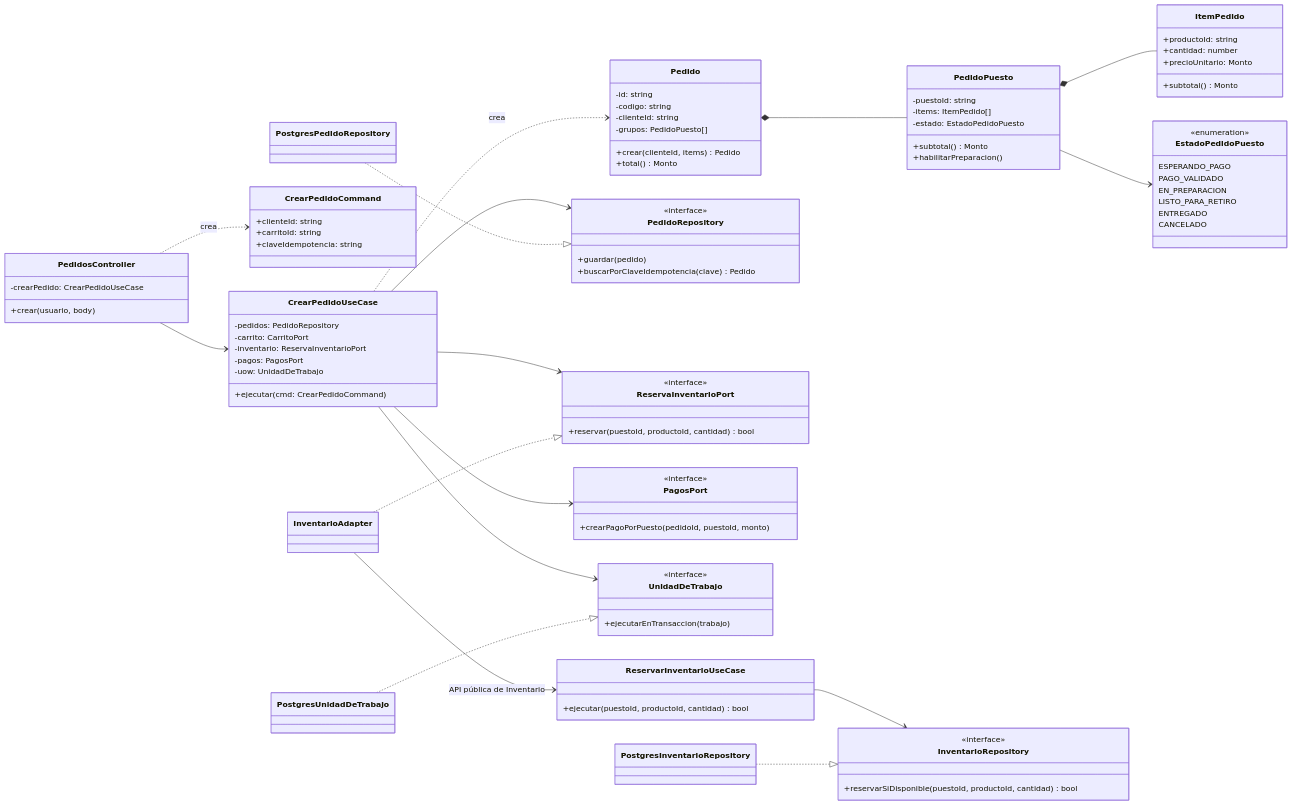
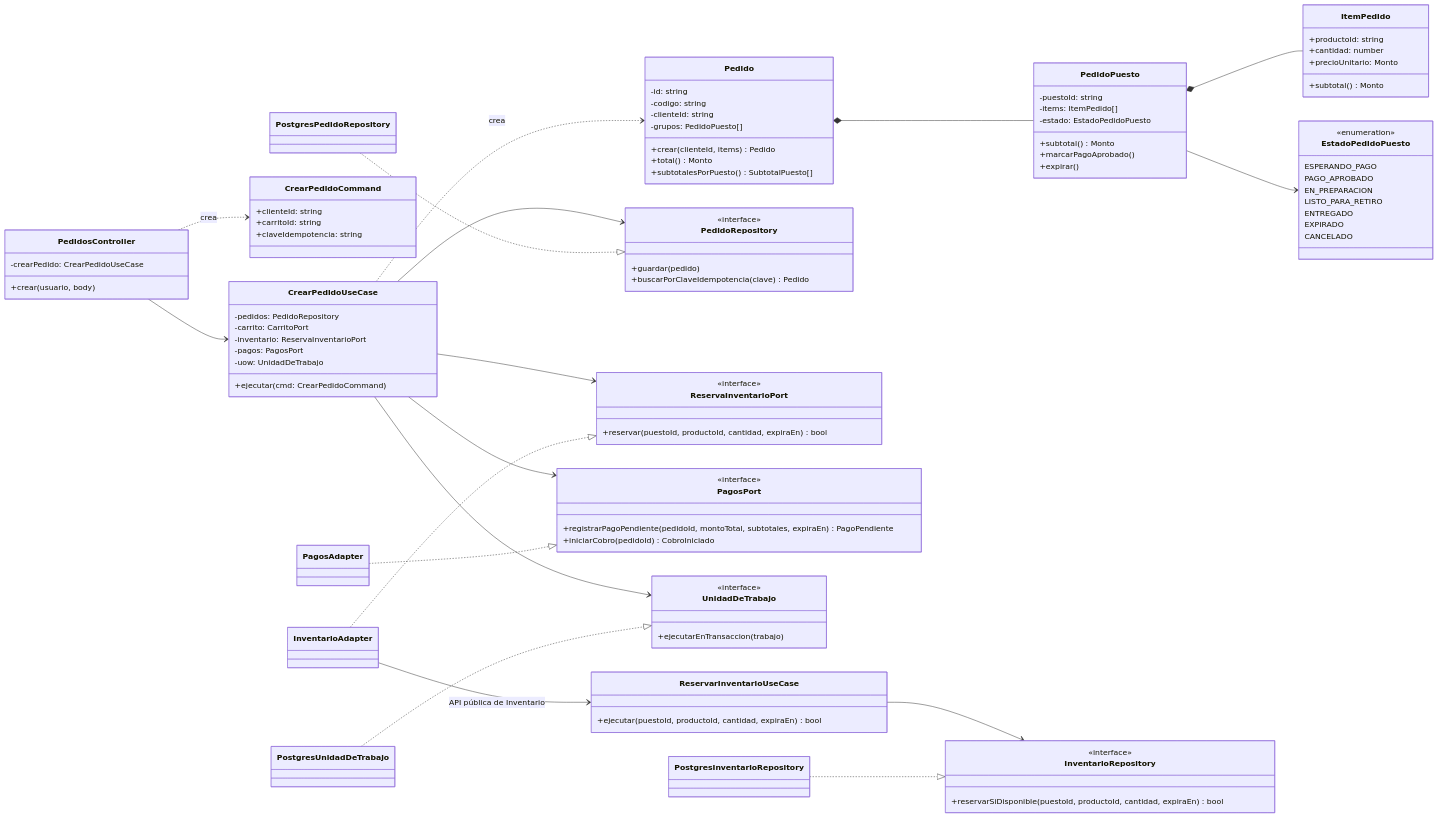
The first of 3 diagrams in docs/04-modelo-c4/Nivel4-DiagramadeCodigo.md (DheanFernandez/mercado-multivendedor), drawn with Mermaid before and after one commit. The commit also changed other lines of this file and 24 other files, not shown here.

````diff
--- a/docs/04-modelo-c4/Nivel4-DiagramadeCodigo.md
+++ b/docs/04-modelo-c4/Nivel4-DiagramadeCodigo.md
@@ -50,13 +50,15 @@
         -grupos: PedidoPuesto[]
         +crear(clienteId, items) Pedido
         +total() Monto
+        +subtotalesPorPuesto() SubtotalPuesto[]
     }
     class PedidoPuesto {
         -puestoId: string
         -items: ItemPedido[]
         -estado: EstadoPedidoPuesto
         +subtotal() Monto
-        +habilitarPreparacion()
+        +marcarPagoAprobado()
+        +expirar()
     }
     class ItemPedido {
         +productoId: string
@@ -67,10 +69,11 @@
     class EstadoPedidoPuesto {
         <<enumeration>>
         ESPERANDO_PAGO
-        PAGO_VALIDADO
+        PAGO_APROBADO
         EN_PREPARACION
         LISTO_PARA_RETIRO
         ENTREGADO
+        EXPIRADO
         CANCELADO
     }
     class PedidoRepository {
@@ -80,11 +83,12 @@
     }
     class ReservaInventarioPort {
         <<interface>>
-        +reservar(puestoId, productoId, cantidad) bool
+        +reservar(puestoId, productoId, cantidad, expiraEn) bool
     }
     class PagosPort {
         <<interface>>
-        +crearPagoPorPuesto(pedidoId, puestoId, monto)
+        +registrarPagoPendiente(pedidoId, montoTotal, subtotales, expiraEn) PagoPendiente
+        +iniciarCobro(pedidoId) CobroIniciado
     }
     class UnidadDeTrabajo {
         <<interface>>
@@ -92,13 +96,14 @@
     }
     class PostgresPedidoRepository
     class InventarioAdapter
+    class PagosAdapter
     class PostgresUnidadDeTrabajo
     class ReservarInventarioUseCase {
-        +ejecutar(puestoId, productoId, cantidad) bool
+        +ejecutar(puestoId, productoId, cantidad, expiraEn) bool
     }
     class InventarioRepository {
         <<interface>>
-        +reservarSiDisponible(puestoId, productoId, cantidad) bool
+        +reservarSiDisponible(puestoId, productoId, cantidad, expiraEn) bool
     }
     class PostgresInventarioRepository
 
@@ -116,6 +121,7 @@
     PostgresUnidadDeTrabajo ..|> UnidadDeTrabajo
     InventarioAdapter ..|> ReservaInventarioPort
     InventarioAdapter --> ReservarInventarioUseCase : API pública de Inventario
+    PagosAdapter ..|> PagosPort
     ReservarInventarioUseCase --> InventarioRepository
     PostgresInventarioRepository ..|> InventarioRepository
 ```
````
